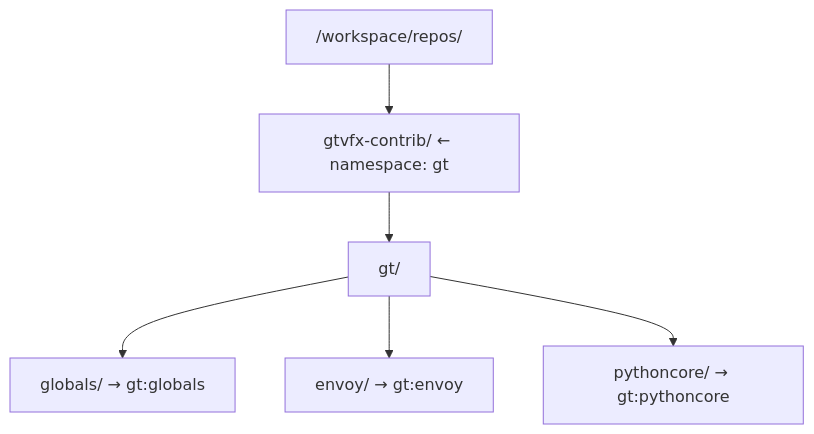
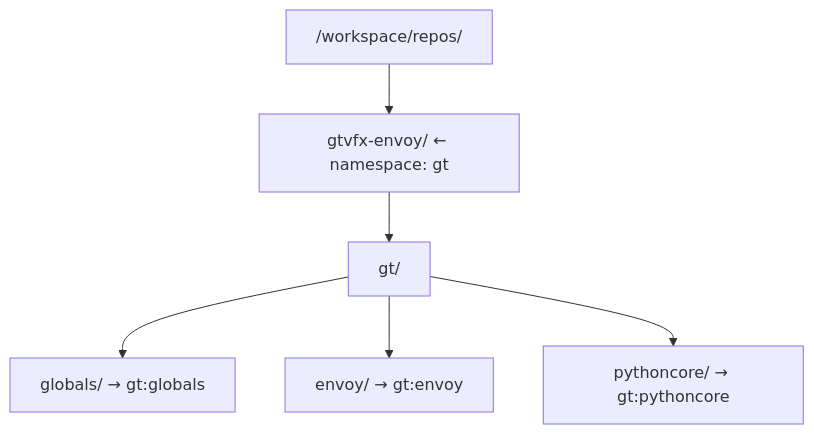
One commit to gtvfx-contrib/gt-envoy changed the diagram in docs/concepts.md. Above: the diagram before and after it, drawn with Mermaid. The commit also changed 17 other files, not shown here.

````diff
--- a/docs/concepts.md
+++ b/docs/concepts.md
@@ -23,13 +23,13 @@
 ```mermaid
 graph TD
     ROOT["/workspace/repos/"]
-    NS["gtvfx-contrib/ ← namespace: gt"]
+    NS["gtvfx-envoy/ ← namespace: gt"]
     GT["gt/"]
     G["globals/ → gt:globals"]
     E["envoy/  → gt:envoy"]
     P["pythoncore/ → gt:pythoncore"]
 
     ROOT --> NS --> GT --> G
     GT --> E
     GT --> P
 ```
````
